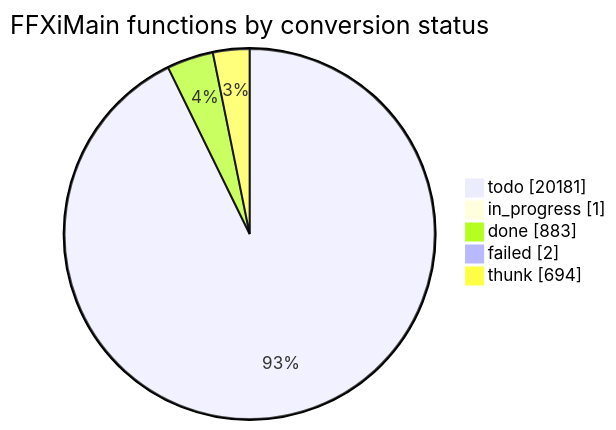
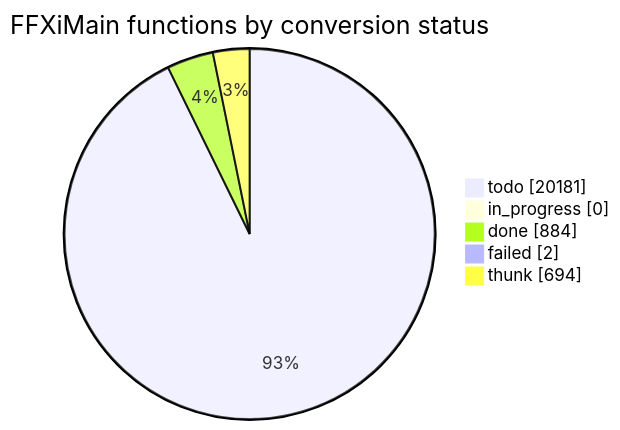
Before and after one commit to cowrevenge/cow_kuluu_xi_anything: the diagram in docs/cow/STATUS.md, drawn with Mermaid. The commit also changed other lines of this file and 9 other files, not shown here.

````diff
--- a/docs/cow/STATUS.md
+++ b/docs/cow/STATUS.md
@@ -18,9 +18,9 @@
 ```mermaid
 pie showData
     title FFXiMain functions by conversion status
     "todo" : 20181
-    "in_progress" : 1
-    "done" : 883
+    "in_progress" : 0
+    "done" : 884
     "failed" : 2
     "thunk" : 694
 ```
````
